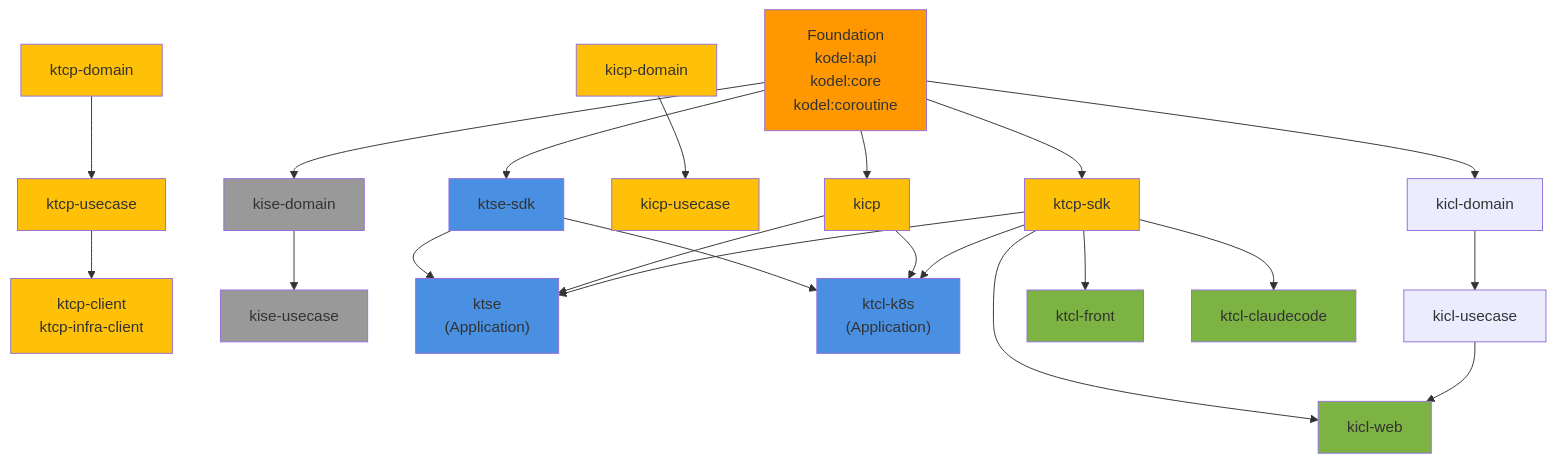
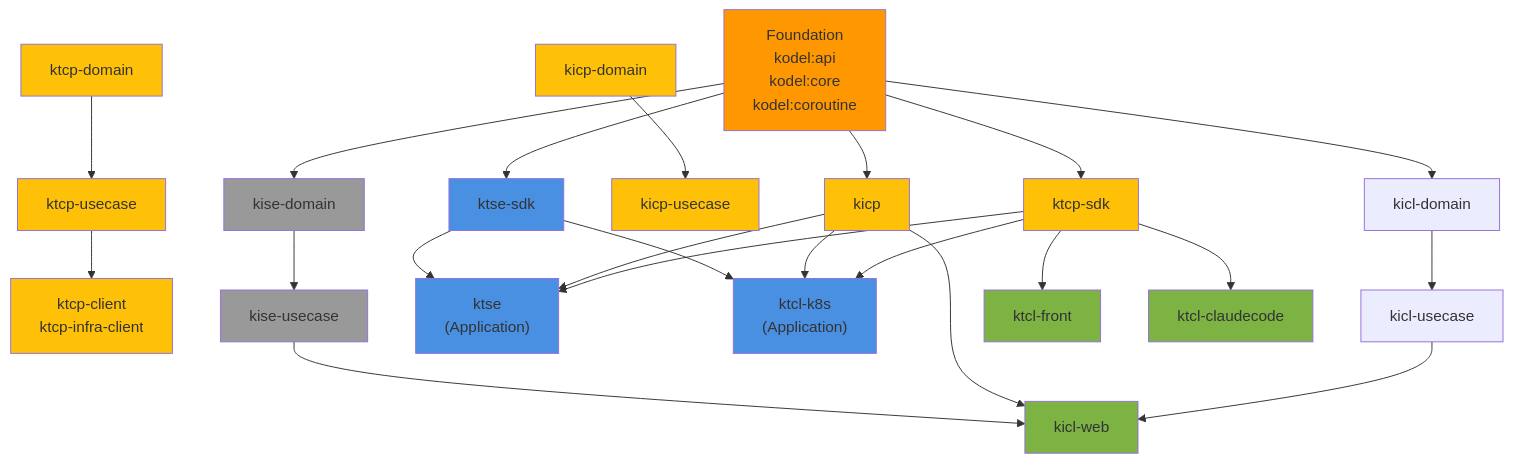
One commit to kigawa-net/keruta changed the second of 7 diagrams in doc/architecture.md. Above: the diagram before and after it, drawn with Mermaid. The commit also changed other lines of this file, not shown here.

First line of the commit message:
docs(architecture): kicl-webの役割と通信方式を正確に説明

````diff
--- a/doc/architecture.md
+++ b/doc/architecture.md
@@ -186,69 +190,71 @@
 ```mermaid
 graph TD
     kodel["Foundation<br/>kodel:api<br/>kodel:core<br/>kodel:coroutine"]
     
     ktcp-sdk["ktcp-sdk"]
     ktcp-domain["ktcp-domain"]
     ktcp-usecase["ktcp-usecase"]
     ktcp-client["ktcp-client<br/>ktcp-infra-client"]
     
     kicp["kicp"]
     kicp-domain["kicp-domain"]
     kicp-usecase["kicp-usecase"]
     
     kise-domain["kise-domain"]
     kise-usecase["kise-usecase"]
     
     ktse-sdk["ktse-sdk"]
     ktse["ktse<br/>(Application)"]
     
     ktcl-k8s["ktcl-k8s<br/>(Application)"]
     
     kicl-domain["kicl-domain"]
     kicl-usecase["kicl-usecase"]
     
     kicl-web["kicl-web"]
     ktcl-front["ktcl-front"]
     ktcl-claudecode["ktcl-claudecode"]
     
     kodel --> ktcp-sdk
     kodel --> kicp
     kodel --> kise-domain
     kodel --> ktse-sdk
     kodel --> kicl-domain
     
     ktcp-domain --> ktcp-usecase
     ktcp-usecase --> ktcp-client
     
     ktcp-sdk --> ktse
     ktcp-sdk --> ktcl-k8s
     
     kicp-domain --> kicp-usecase
     kicp --> ktse
     kicp --> ktcl-k8s
     
     kise-domain --> kise-usecase
     
     ktse-sdk --> ktse
     
     ktse-sdk --> ktcl-k8s
     
     kicl-domain --> kicl-usecase
     kicl-usecase --> kicl-web
     
     ktcp-sdk --> ktcl-front
-    ktcp-sdk --> kicl-web
     ktcp-sdk --> ktcl-claudecode
+    
+    kicp --> kicl-web
+    kise-usecase --> kicl-web
     
     classDef foundation fill:#FF9800
     classDef protocol fill:#FFC107
     classDef application fill:#4A90E2
     classDef frontend fill:#7CB342
     classDef indev fill:#999
     
     class kodel foundation
     class ktcp-sdk,ktcp-domain,ktcp-usecase,ktcp-client,kicp,kicp-domain,kicp-usecase protocol
     class ktse-sdk,ktse,ktcl-k8s application
     class ktcl-front,kicl-web,ktcl-claudecode frontend
     class kise-domain,kise-usecase indev
 ```
````
